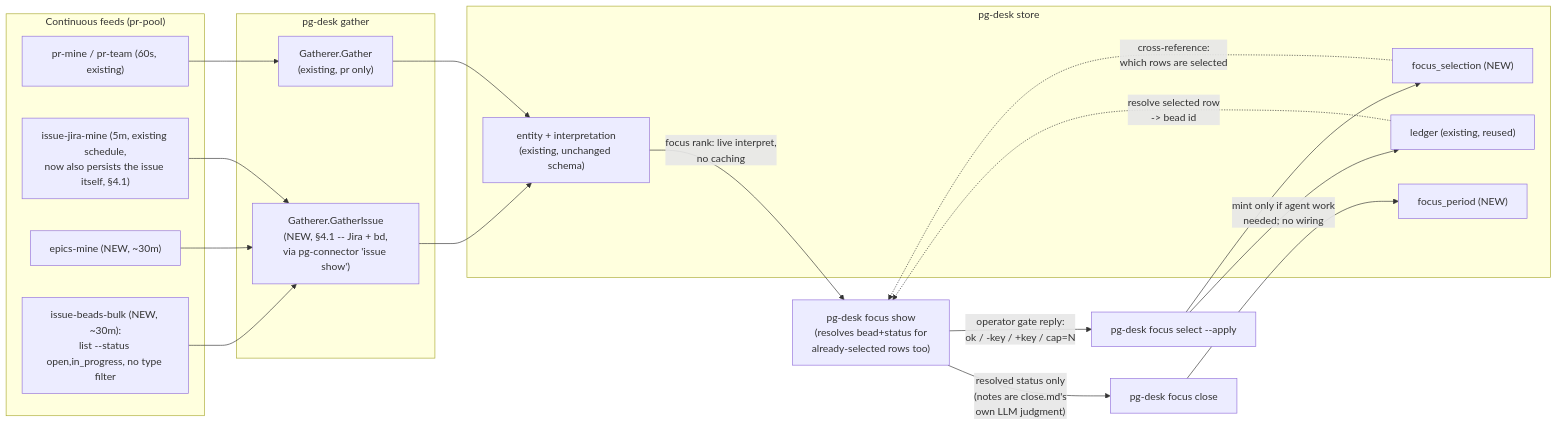
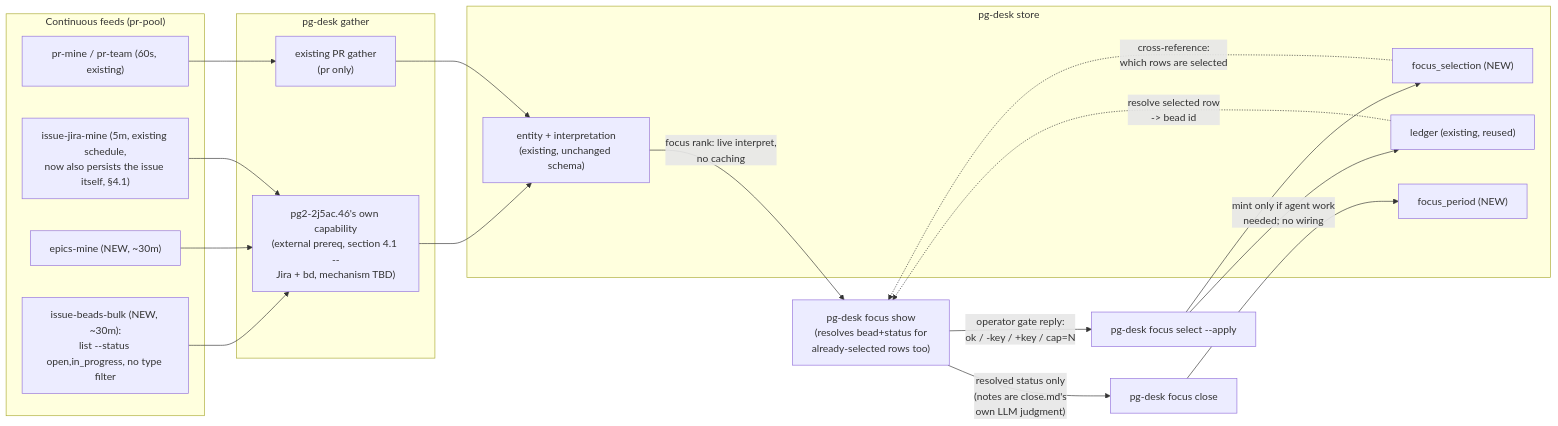
The diagram in docs/superpowers/specs/2026-09-23-daily-focus-store-first-design.md (phillipgreenii/nix-agent-support), drawn with Mermaid before and after one commit. The commit also changed other lines of this file, not shown here.

````diff
--- a/docs/superpowers/specs/2026-09-23-daily-focus-store-first-design.md
+++ b/docs/superpowers/specs/2026-09-23-daily-focus-store-first-design.md
@@ -53,32 +56,32 @@
 ```mermaid
 flowchart LR
     subgraph feeds["Continuous feeds (pr-pool)"]
         F1["pr-mine / pr-team (60s, existing)"]
         F2["issue-jira-mine (5m, existing schedule,\nnow also persists the issue itself, §4.1)"]
         F3["epics-mine (NEW, ~30m)"]
         F4["issue-beads-bulk (NEW, ~30m):\nlist --status open,in_progress, no type filter"]
     end
     subgraph gather["pg-desk gather"]
-        GPR["Gatherer.Gather\n(existing, pr only)"]
-        GISS["Gatherer.GatherIssue\n(NEW, §4.1 -- Jira + bd,\nvia pg-connector 'issue show')"]
+        GPR["existing PR gather\n(pr only)"]
+        GISS["pg2-2j5ac.46's own capability\n(external prereq, section 4.1 --\nJira + bd, mechanism TBD)"]
     end
     subgraph store["pg-desk store"]
         E["entity + interpretation\n(existing, unchanged schema)"]
         FS["focus_selection (NEW)"]
         FP["focus_period (NEW)"]
         L["ledger (existing, reused)"]
     end
     F1 --> GPR --> E
     F2 --> GISS
     F3 --> GISS
     F4 --> GISS
     GISS --> E
     E -->|"focus rank: live interpret,\nno caching"| SHOW["pg-desk focus show\n(resolves bead+status for\nalready-selected rows too)"]
     FS -.->|"cross-reference:\nwhich rows are selected"| SHOW
     L -.->|"resolve selected row\n-> bead id"| SHOW
     SHOW -->|"operator gate reply:\nok / -key / +key / cap=N"| SELECT["pg-desk focus select --apply"]
     SELECT --> FS
     SELECT -->|"mint only if agent work\nneeded; no wiring"| L
     SHOW -->|"resolved status only\n(notes are close.md's\nown LLM judgment)"| CLOSE["pg-desk focus close"]
     CLOSE --> FP
 ```
````
